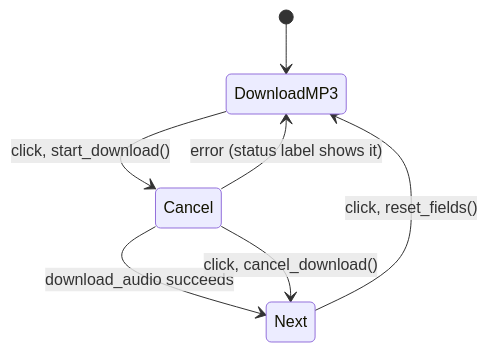
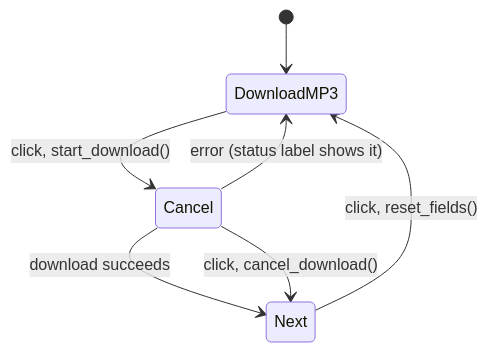
The ninth of 22 diagrams in ARCHITECTURE.md (martin-iflap/YT-MP3-Downloader), drawn with Mermaid before and after one commit. The commit also changed other lines of this file and 20 other files, not shown here.

````diff
--- a/ARCHITECTURE.md
+++ b/ARCHITECTURE.md
@@ -422,9 +540,9 @@
 ```mermaid
 stateDiagram-v2
     [*] --> DownloadMP3
     DownloadMP3 --> Cancel: click, start_download()
-    Cancel --> Next: download_audio succeeds
+    Cancel --> Next: download succeeds
     Cancel --> Next: click, cancel_download()
     Cancel --> DownloadMP3: error (status label shows it)
     Next --> DownloadMP3: click, reset_fields()
 ```
````
